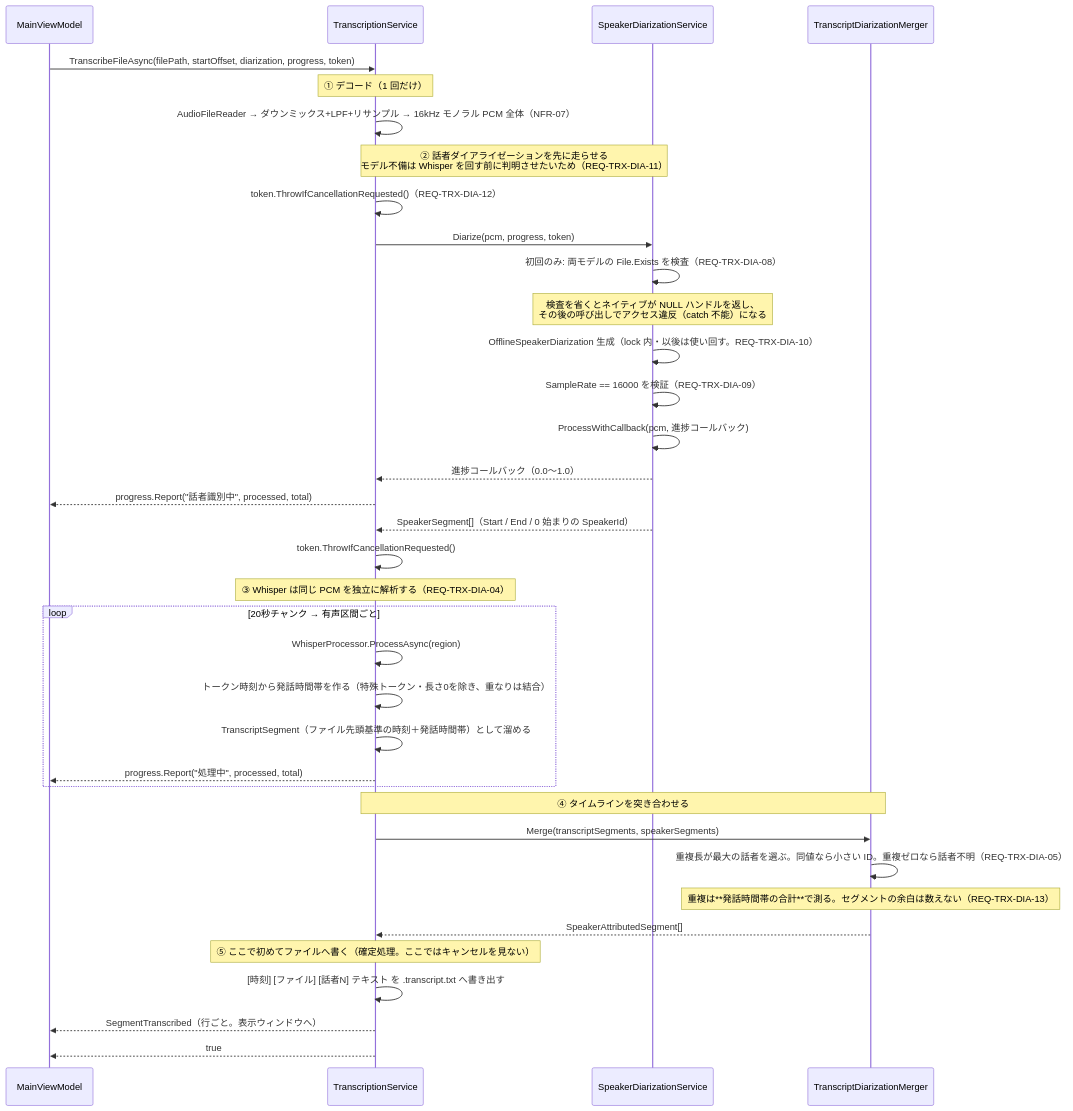
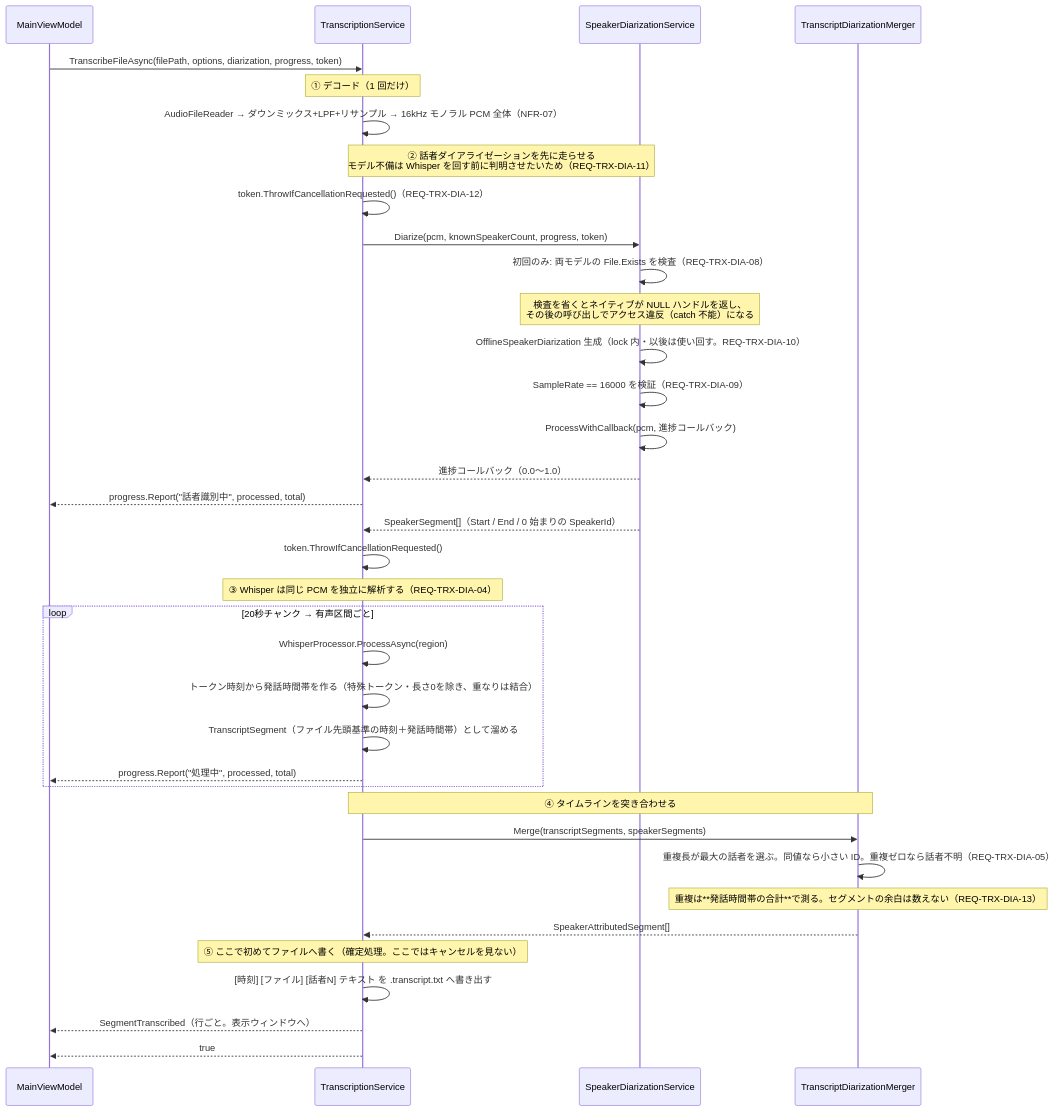
Before and after one commit to otomac/audio-capture-app: the seventh of 9 diagrams in docs/spec/04_sequence_diagram.md, drawn with Mermaid. The commit also changed other lines of this file and 58 other files, not shown here.

````diff
--- a/docs/spec/04_sequence_diagram.md
+++ b/docs/spec/04_sequence_diagram.md
@@ -259,44 +276,44 @@
 ```mermaid
 sequenceDiagram
     participant VM as MainViewModel
     participant TS as TranscriptionService
     participant SD as SpeakerDiarizationService
     participant M as TranscriptDiarizationMerger
 
-    VM->>TS: TranscribeFileAsync(filePath, startOffset, diarization, progress, token)
+    VM->>TS: TranscribeFileAsync(filePath, options, diarization, progress, token)
 
     Note over TS: ① デコード（1 回だけ）
     TS->>TS: AudioFileReader → ダウンミックス+LPF+リサンプル → 16kHz モノラル PCM 全体（NFR-07）
 
     Note over TS,SD: ② 話者ダイアライゼーションを先に走らせる<br/>モデル不備は Whisper を回す前に判明させたいため（REQ-TRX-DIA-11）
     TS->>TS: token.ThrowIfCancellationRequested()（REQ-TRX-DIA-12）
-    TS->>SD: Diarize(pcm, progress, token)
+    TS->>SD: Diarize(pcm, knownSpeakerCount, progress, token)
     SD->>SD: 初回のみ: 両モデルの File.Exists を検査（REQ-TRX-DIA-08）
     Note over SD: 検査を省くとネイティブが NULL ハンドルを返し、<br/>その後の呼び出しでアクセス違反（catch 不能）になる
     SD->>SD: OfflineSpeakerDiarization 生成（lock 内・以後は使い回す。REQ-TRX-DIA-10）
     SD->>SD: SampleRate == 16000 を検証（REQ-TRX-DIA-09）
     SD->>SD: ProcessWithCallback(pcm, 進捗コールバック)
     SD-->>TS: 進捗コールバック（0.0〜1.0）
     TS-->>VM: progress.Report("話者識別中", processed, total)
     SD-->>TS: SpeakerSegment[]（Start / End / 0 始まりの SpeakerId）
     TS->>TS: token.ThrowIfCancellationRequested()
 
     Note over TS: ③ Whisper は同じ PCM を独立に解析する（REQ-TRX-DIA-04）
     loop 20秒チャンク → 有声区間ごと
         TS->>TS: WhisperProcessor.ProcessAsync(region)
         TS->>TS: トークン時刻から発話時間帯を作る（特殊トークン・長さ0を除き、重なりは結合）
         TS->>TS: TranscriptSegment（ファイル先頭基準の時刻＋発話時間帯）として溜める
         TS-->>VM: progress.Report("処理中", processed, total)
     end
 
     Note over TS,M: ④ タイムラインを突き合わせる
     TS->>M: Merge(transcriptSegments, speakerSegments)
     M->>M: 重複長が最大の話者を選ぶ。同値なら小さい ID。重複ゼロなら話者不明（REQ-TRX-DIA-05）
     Note over M: 重複は**発話時間帯の合計**で測る。セグメントの余白は数えない（REQ-TRX-DIA-13）
     M-->>TS: SpeakerAttributedSegment[]
 
     Note over TS: ⑤ ここで初めてファイルへ書く（確定処理。ここではキャンセルを見ない）
     TS->>TS: [時刻] [ファイル] [話者N] テキスト を .transcript.txt へ書き出す
     TS-->>VM: SegmentTranscribed（行ごと。表示ウィンドウへ）
     TS-->>VM: true
 ```
````
